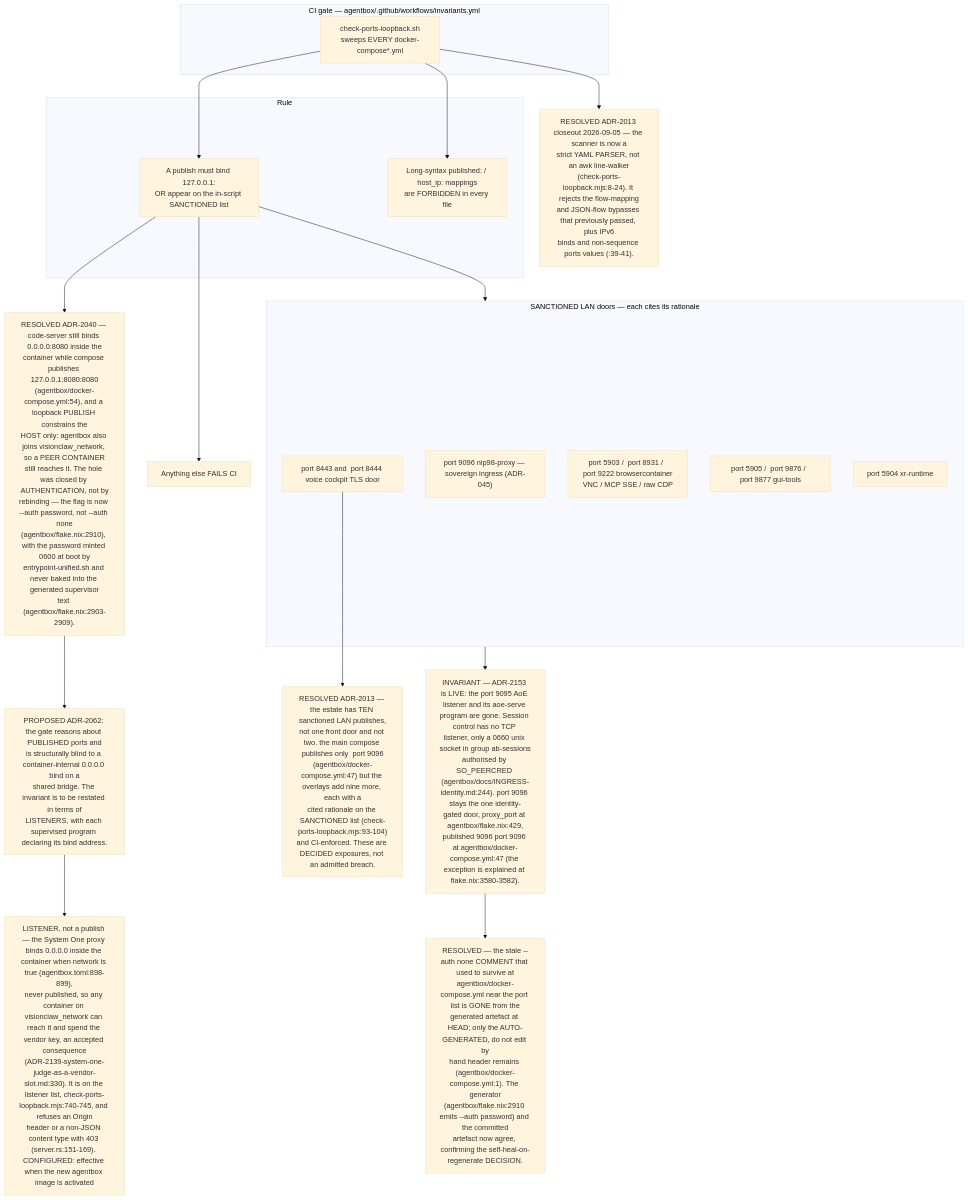
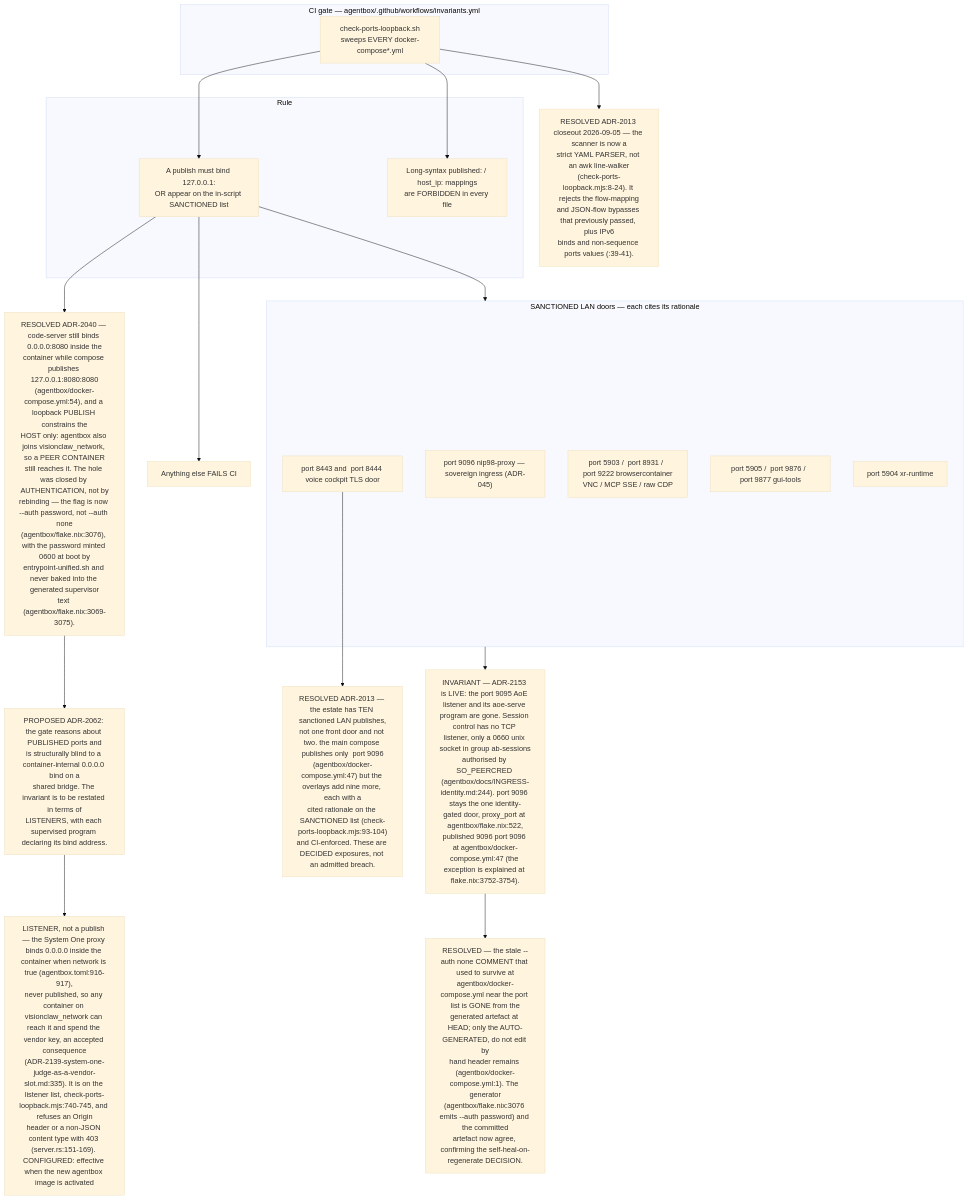
One commit to DreamLab-AI/VisionFlow changed the eighth of 11 diagrams in docs/diagrams/estate/10-deployment-and-security-profiles.md. Above: the diagram before and after it, drawn with Mermaid (base theme). The commit also changed other lines of this file and 5 other files, not shown here.

````diff
--- a/docs/diagrams/estate/10-deployment-and-security-profiles.md
+++ b/docs/diagrams/estate/10-deployment-and-security-profiles.md
@@ -330,38 +330,38 @@
 ```mermaid
 flowchart TB
     subgraph ci["CI gate — agentbox/.github/workflows/invariants.yml"]
         SC["check-ports-loopback.sh<br/>sweeps EVERY docker-compose*.yml"]
     end
     subgraph rule["Rule"]
         R1["A publish must bind 127.0.0.1:<br/>OR appear on the in-script SANCTIONED list"]
         R2["Long-syntax published: / host_ip: mappings<br/>are FORBIDDEN in every file"]
     end
     subgraph sanctioned["SANCTIONED LAN doors — each cites its rationale"]
         P1[" port 9096 nip98-proxy — sovereign ingress (ADR-045)"]
         P2[" port 8443 and  port 8444 voice cockpit TLS door"]
         P3[" port 5903 /  port 8931 /  port 9222 browsercontainer<br/>VNC / MCP SSE / raw CDP"]
         P4[" port 5905 /  port 9876 /  port 9877 gui-tools"]
         P5[" port 5904 xr-runtime"]
     end
     FAIL["Anything else FAILS CI"]
-    INV["INVARIANT — ADR-2153 is LIVE: the port 9095 AoE listener and its aoe-serve program are gone. Session control has no TCP listener, only a 0660 unix socket in group ab-sessions<br/>authorised by SO_PEERCRED (agentbox/docs/INGRESS-identity.md:244). port 9096 stays the one identity-gated door, proxy_port at agentbox/flake.nix:429,<br/>published 9096 port 9096 at agentbox/docker-compose.yml:47 (the exception is explained at flake.nix:3580-3582)."]
+    INV["INVARIANT — ADR-2153 is LIVE: the port 9095 AoE listener and its aoe-serve program are gone. Session control has no TCP listener, only a 0660 unix socket in group ab-sessions<br/>authorised by SO_PEERCRED (agentbox/docs/INGRESS-identity.md:244). port 9096 stays the one identity-gated door, proxy_port at agentbox/flake.nix:522,<br/>published 9096 port 9096 at agentbox/docker-compose.yml:47 (the exception is explained at flake.nix:3752-3754)."]
     D1["RESOLVED ADR-2013 — the estate has TEN sanctioned LAN publishes,<br/>not one front door and not two. the main compose publishes only  port 9096<br/>(agentbox/docker-compose.yml:47) but the overlays add nine more, each with a<br/>cited rationale on the SANCTIONED list (check-ports-loopback.mjs:93-104)<br/>and CI-enforced. These are DECIDED exposures, not an admitted breach."]
     D2["RESOLVED ADR-2013 closeout 2026-09-05 — the scanner is now a<br/>strict YAML PARSER, not an awk line-walker<br/>(check-ports-loopback.mjs:8-24). It rejects the flow-mapping<br/>and JSON-flow bypasses that previously passed, plus IPv6<br/>binds and non-sequence ports values (:39-41)."]
-    D3["RESOLVED ADR-2040 — code-server still binds 0.0.0.0:8080 inside the<br/>container while compose publishes 127.0.0.1:8080:8080<br/>(agentbox/docker-compose.yml:54), and a loopback PUBLISH constrains the<br/>HOST only: agentbox also joins visionclaw_network, so a PEER CONTAINER<br/>still reaches it. The hole was closed by AUTHENTICATION, not by<br/>rebinding — the flag is now --auth password, not --auth none<br/>(agentbox/flake.nix:2910), with the password minted 0600 at boot by<br/>entrypoint-unified.sh and never baked into the generated supervisor<br/>text (agentbox/flake.nix:2903-2909)."]
+    D3["RESOLVED ADR-2040 — code-server still binds 0.0.0.0:8080 inside the<br/>container while compose publishes 127.0.0.1:8080:8080<br/>(agentbox/docker-compose.yml:54), and a loopback PUBLISH constrains the<br/>HOST only: agentbox also joins visionclaw_network, so a PEER CONTAINER<br/>still reaches it. The hole was closed by AUTHENTICATION, not by<br/>rebinding — the flag is now --auth password, not --auth none<br/>(agentbox/flake.nix:3076), with the password minted 0600 at boot by<br/>entrypoint-unified.sh and never baked into the generated supervisor<br/>text (agentbox/flake.nix:3069-3075)."]
     D5["PROPOSED ADR-2062: the gate reasons about PUBLISHED ports and<br/>is structurally blind to a container-internal 0.0.0.0 bind on a<br/>shared bridge. The invariant is to be restated in terms of<br/>LISTENERS, with each supervised program declaring its bind address."]
-    D4["RESOLVED — the stale --auth none COMMENT that used to survive at<br/>agentbox/docker-compose.yml near the port list is GONE from the<br/>generated artefact at HEAD; only the AUTO-GENERATED, do not edit by<br/>hand header remains (agentbox/docker-compose.yml:1). The generator<br/>(agentbox/flake.nix:2910 emits --auth password) and the committed<br/>artefact now agree, confirming the self-heal-on-regenerate DECISION."]
+    D4["RESOLVED — the stale --auth none COMMENT that used to survive at<br/>agentbox/docker-compose.yml near the port list is GONE from the<br/>generated artefact at HEAD; only the AUTO-GENERATED, do not edit by<br/>hand header remains (agentbox/docker-compose.yml:1). The generator<br/>(agentbox/flake.nix:3076 emits --auth password) and the committed<br/>artefact now agree, confirming the self-heal-on-regenerate DECISION."]
 
-    D6["LISTENER, not a publish — the System One proxy binds 0.0.0.0 inside the container when network is true (agentbox.toml:898-899),<br/>never published, so any container on visionclaw_network can reach it and spend the vendor key, an accepted consequence<br/>(ADR-2139-system-one-judge-as-a-vendor-slot.md:330). It is on the listener list, check-ports-loopback.mjs:740-745, and refuses an Origin<br/>header or a non-JSON content type with 403 (server.rs:151-169). CONFIGURED: effective when the new agentbox image is activated"]
+    D6["LISTENER, not a publish — the System One proxy binds 0.0.0.0 inside the container when network is true (agentbox.toml:916-917),<br/>never published, so any container on visionclaw_network can reach it and spend the vendor key, an accepted consequence<br/>(ADR-2139-system-one-judge-as-a-vendor-slot.md:335). It is on the listener list, check-ports-loopback.mjs:740-745, and refuses an Origin<br/>header or a non-JSON content type with 403 (server.rs:151-169). CONFIGURED: effective when the new agentbox image is activated"]
 
     SC --> R1
     SC --> R2
     R1 --> sanctioned
     R1 --> FAIL
     sanctioned --> INV
     P2 --> D1
     SC --> D2
     R1 --> D3
     INV --> D4
     D3 --> D5
     D5 --> D6
 ```
````
